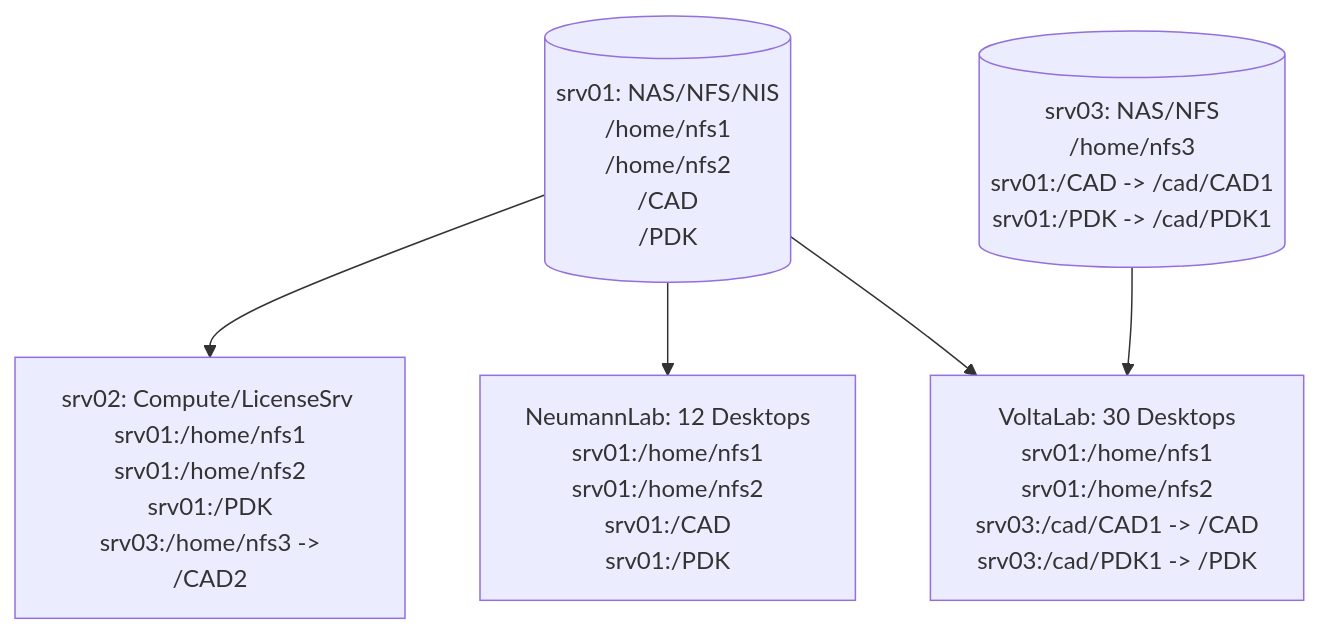
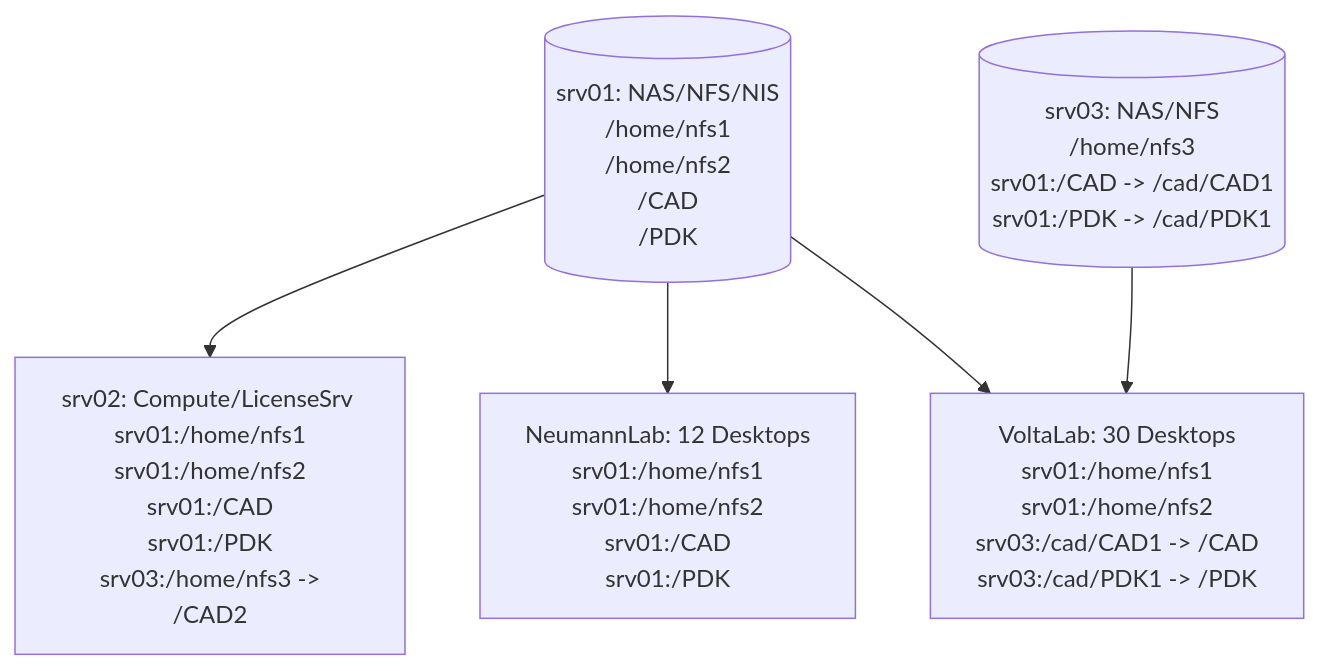
Before and after one commit to silicon-vlsi/silicon-vlsi.github.io: the diagram in wiki/wiki-it.md, drawn with Mermaid.

````diff
--- a/wiki/wiki-it.md
+++ b/wiki/wiki-it.md
@@ -1287,20 +1287,20 @@
 ```mermaid
 
 graph TD;
 
   srv01[(srv01: NAS/NFS/NIS <br/> /home/nfs1 <br/> /home/nfs2 <br/> /CAD <br/> /PDK)];
 
   srv03[(srv03: NAS/NFS <br/> /home/nfs3 <br/> srv01:/CAD  -> /cad/CAD1 <br/> srv01:/PDK  -> /cad/PDK1)];
 
-  srv02[ srv02: Compute/LicenseSrv <br/> srv01:/home/nfs1 <br/> srv01:/home/nfs2 <br/> srv01:/PDK <br/> srv03:/home/nfs3 -> /CAD2 ];
+  srv02[ srv02: Compute/LicenseSrv <br/> srv01:/home/nfs1 <br/> srv01:/home/nfs2 <br/> srv01:/CAD <br/> srv01:/PDK <br/> srv03:/home/nfs3 -> /CAD2 ];
 
   voltaLab[VoltaLab: 30 Desktops <br/> srv01:/home/nfs1 <br/>  srv01:/home/nfs2 <br/> srv03:/cad/CAD1 -> /CAD <br/> srv03:/cad/PDK1 -> /PDK ];
 
   neumannLab[NeumannLab: 12 Desktops <br/> srv01:/home/nfs1 <br/> srv01:/home/nfs2 <br/> srv01:/CAD <br/> srv01:/PDK ];
 
   srv01 --> srv02;
   srv01 --> neumannLab;
   srv01 --> voltaLab;
   srv03 --> voltaLab;
   
 ```
````
